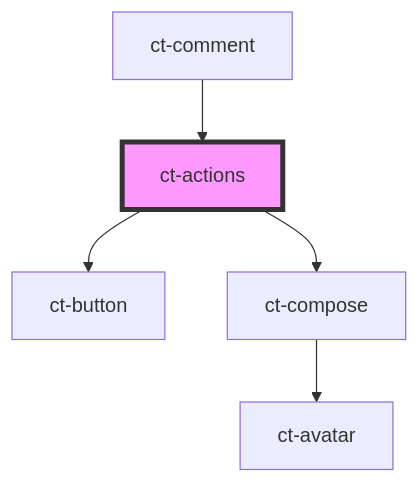
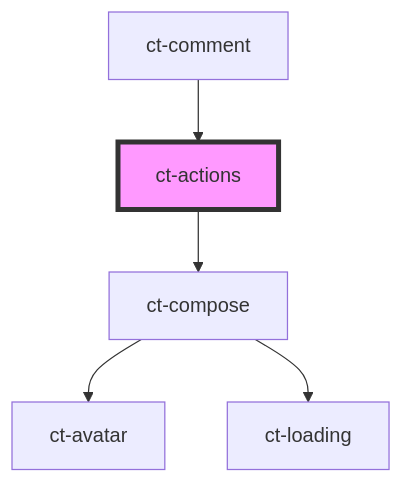
Before and after one commit to netguru/commentable-js: the diagram in src/components/actions/readme.md, drawn with Mermaid. The commit also changed other lines of this file and 25 other files, not shown here.

````diff
--- a/src/components/actions/readme.md
+++ b/src/components/actions/readme.md
@@ -27,8 +26,8 @@
 ```mermaid
 graph TD;
-  ct-actions --> ct-button
   ct-actions --> ct-compose
   ct-compose --> ct-avatar
+  ct-compose --> ct-loading
   ct-comment --> ct-actions
   style ct-actions fill:#f9f,stroke:#333,stroke-width:4px
 ```
````
